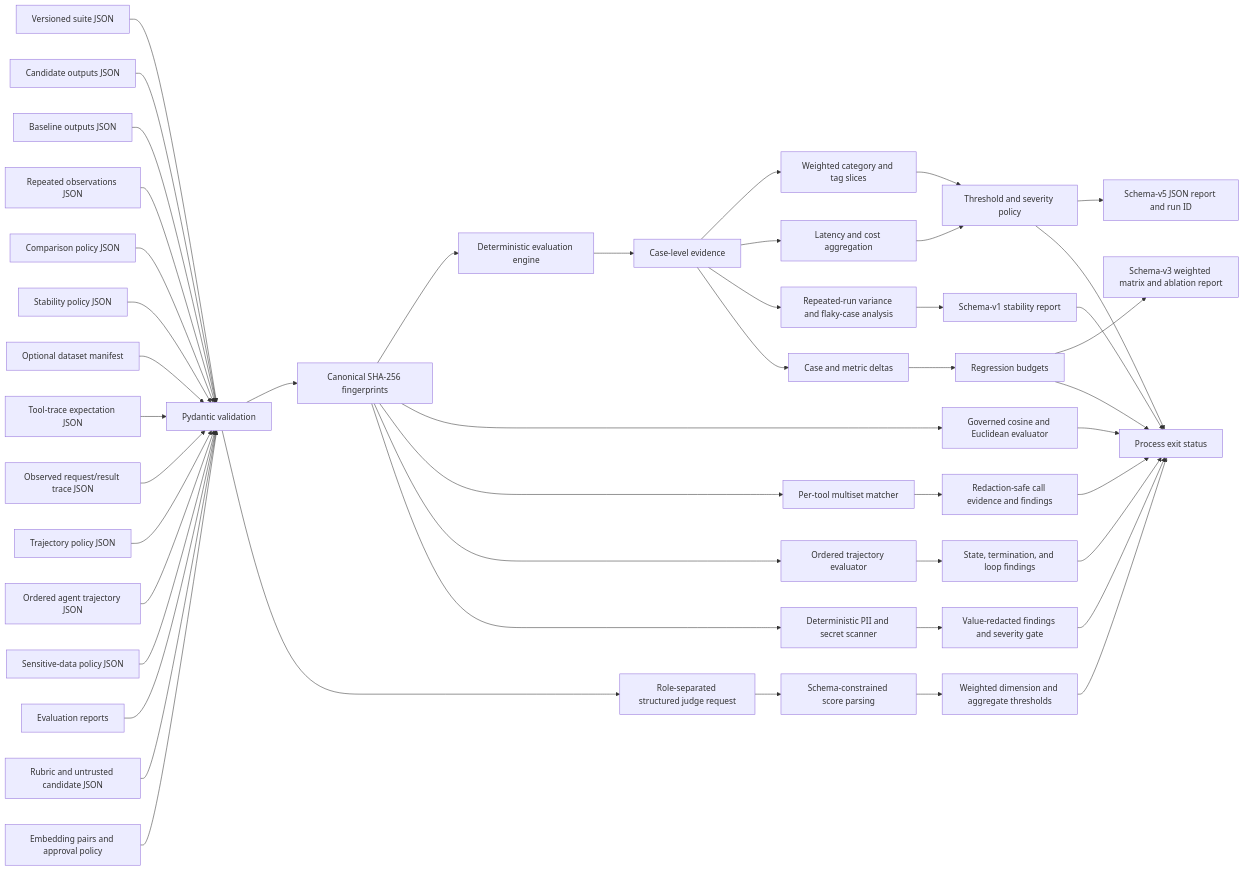
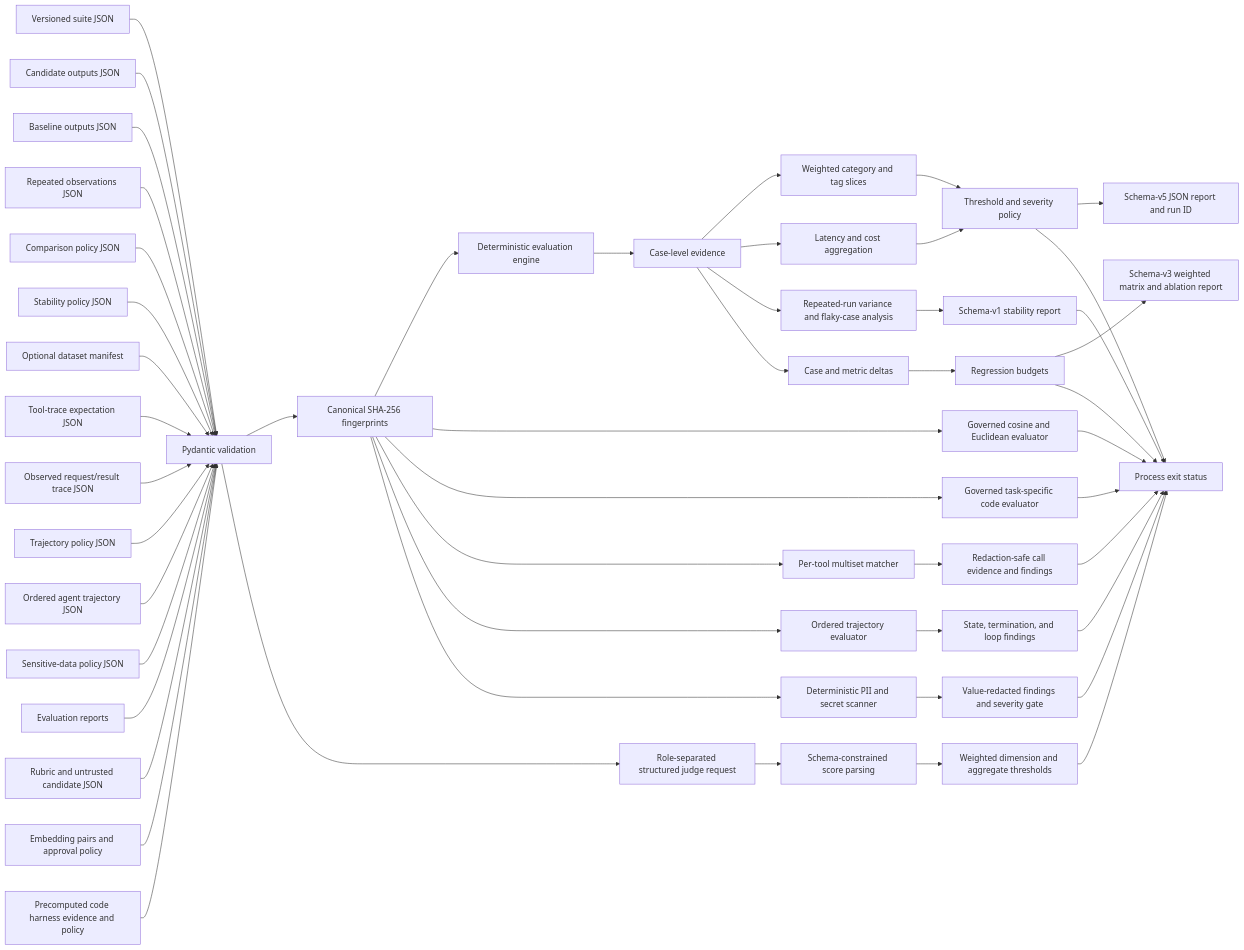
One commit to navaneeth9908/evalforge changed the first of 2 diagrams in docs/architecture.md. Above: the diagram before and after it, drawn with Mermaid. The commit also changed other lines of this file and 14 other files, not shown here.

Commit message:
add precomputed code harness evaluation

````diff
--- a/docs/architecture.md
+++ b/docs/architecture.md
@@ -7,49 +7,52 @@
 ```mermaid
 flowchart LR
     S[Versioned suite JSON] --> V[Pydantic validation]
     O[Candidate outputs JSON] --> V
     B[Baseline outputs JSON] --> V
     N[Repeated observations JSON] --> V
     C[Comparison policy JSON] --> V
     Y[Stability policy JSON] --> V
     M[Optional dataset manifest] --> V
     U[Tool-trace expectation JSON] --> V
     K[Observed request/result trace JSON] --> V
     TP[Trajectory policy JSON] --> V
     AT[Ordered agent trajectory JSON] --> V
     SD[Sensitive-data policy JSON] --> V
     ER[Evaluation reports] --> V
     RB[Rubric and untrusted candidate JSON] --> V
     EM[Embedding pairs and approval policy] --> V
+    CH[Precomputed code harness evidence and policy] --> V
     V --> H[Canonical SHA-256 fingerprints]
     V --> SJ[Role-separated structured judge request]
     SJ --> JS[Schema-constrained score parsing]
     JS --> JW[Weighted dimension and aggregate thresholds]
     JW --> X
     H --> E[Deterministic evaluation engine]
     H --> ES[Governed cosine and Euclidean evaluator]
     ES --> X
+    H --> CE[Governed task-specific code evaluator]
+    CE --> X
     H --> L[Per-tool multiset matcher]
     H --> TE[Ordered trajectory evaluator]
     TE --> TF[State, termination, and loop findings]
     TF --> X[Process exit status]
     H --> LS[Deterministic PII and secret scanner]
     LS --> LF[Value-redacted findings and severity gate]
     LF --> X
     L --> F[Redaction-safe call evidence and findings]
     F --> X[Process exit status]
     E --> R[Case-level evidence]
     R --> W[Weighted category and tag slices]
     R --> P[Latency and cost aggregation]
     R --> T[Repeated-run variance and flaky-case analysis]
     W --> G[Threshold and severity policy]
     P --> G
     G --> J[Schema-v5 JSON report and run ID]
     G --> X[Process exit status]
     R --> D[Case and metric deltas]
     D --> Q[Regression budgets]
     Q --> A[Schema-v3 weighted matrix and ablation report]
     T --> Z[Schema-v1 stability report]
     Z --> X
     Q --> X
 ```
````
